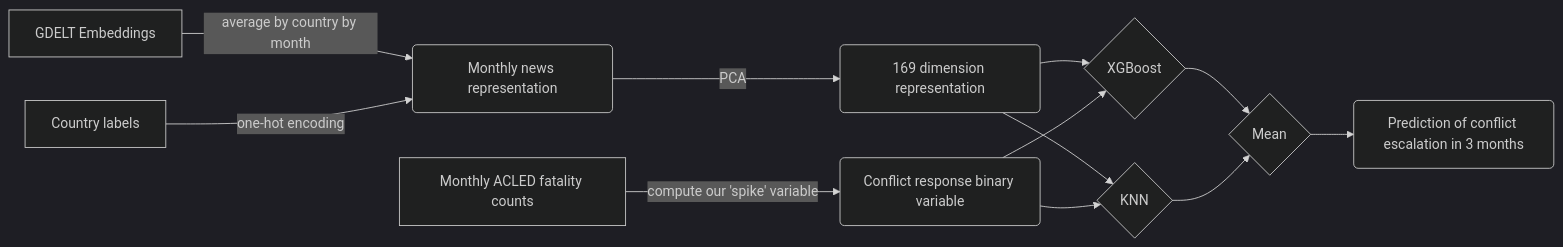
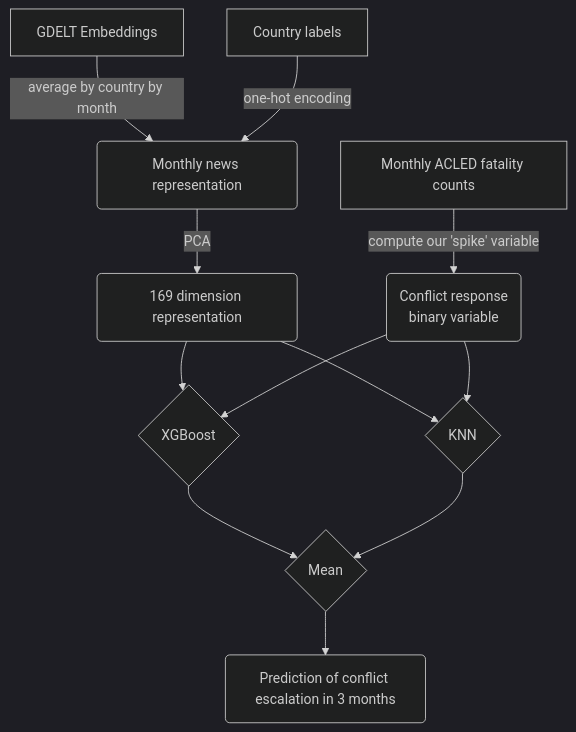
The second of 3 diagrams in docs/hes_final/article.qmd (ewheeler/foresight), drawn with Mermaid (dark theme) before and after one commit. The commit also changed other lines of this file and 1 other file, not shown here.

````diff
--- a/docs/hes_final/article.qmd
+++ b/docs/hes_final/article.qmd
@@ -104,17 +96,20 @@
 ```{mermaid}
-flowchart LR
+%%| fig-width: 3
+%%| fig-height: 5
+%%| fig-cap: Fig 2. Statistical model architecture
+flowchart TD
     GDELT[GDELT Embeddings] -->|average by country by month| AGG(Monthly news representation)
     Countries[Country labels] -->|one-hot encoding| AGG
 
     AGG -->|PCA| PCA(169 dimension representation)
     PCA --> KNN{KNN}
     PCA --> XGD{XGBoost}
 
     XGD --> AVG{Mean}
     KNN --> AVG
     AVG --> Pred(Prediction of conflict escalation in 3 months)
 
     ACLED[Monthly ACLED fatality counts] -->|compute our 'spike' variable| Spike
-    Spike(Conflict response binary variable) --> XGD
+    Spike(Conflict response\n binary variable) --> XGD
     Spike --> KNN
 ```
````
